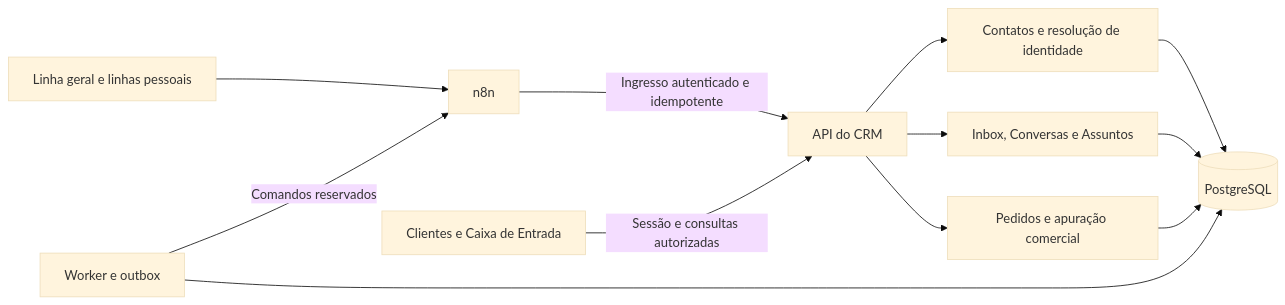
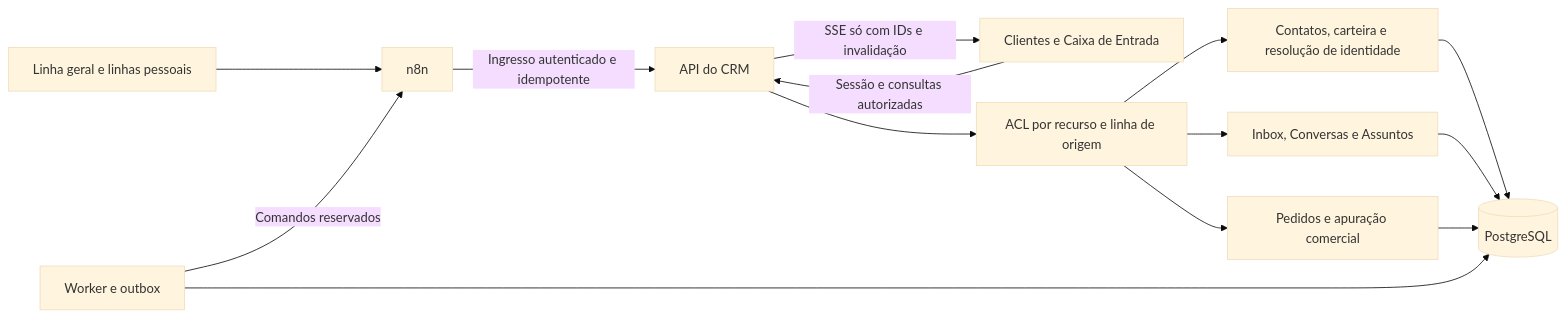
The diagram in .specs/features/crm-20/design.md (romulosutil/crm-silmer), drawn with Mermaid (base theme) before and after one commit. The commit also changed other lines of this file and 8 other files, not shown here.

````diff
--- a/.specs/features/crm-20/design.md
+++ b/.specs/features/crm-20/design.md
@@ -11,14 +15,16 @@
 ```mermaid
 flowchart LR
   WA[Linha geral e linhas pessoais] --> N8N[n8n]
   N8N -->|Ingresso autenticado e idempotente| API[API do CRM]
   UI[Clientes e Caixa de Entrada] -->|Sessão e consultas autorizadas| API
-  API --> C[Contatos e resolução de identidade]
-  API --> I[Inbox, Conversas e Assuntos]
-  API --> O[Pedidos e apuração comercial]
+  API --> ACL[ACL por recurso e linha de origem]
+  ACL --> C[Contatos, carteira e resolução de identidade]
+  ACL --> I[Inbox, Conversas e Assuntos]
+  ACL --> O[Pedidos e apuração comercial]
+  API -->|SSE só com IDs e invalidação| UI
   C --> PG[(PostgreSQL)]
   I --> PG
   O --> PG
   W[Worker e outbox] --> PG
   W -->|Comandos reservados| N8N
 ```
````
